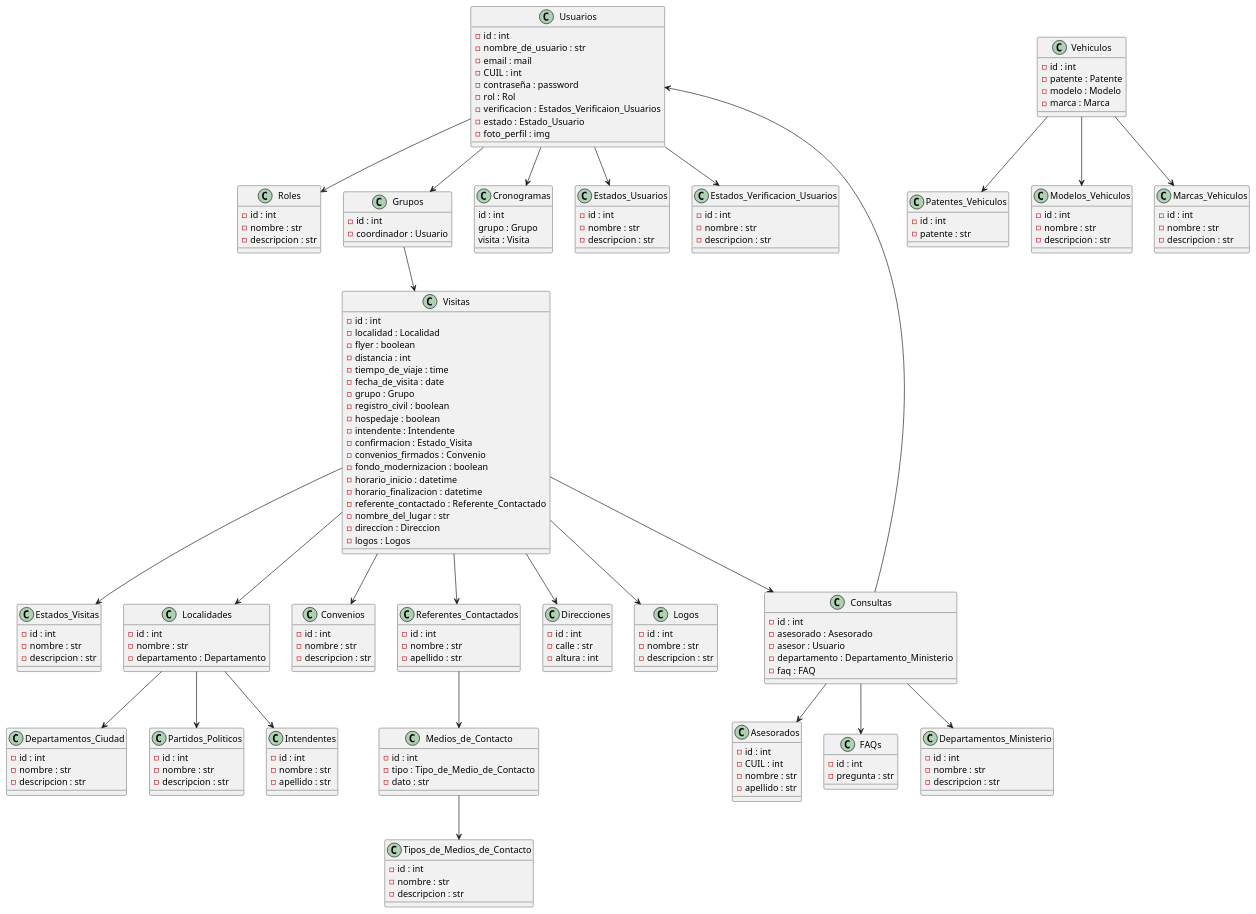
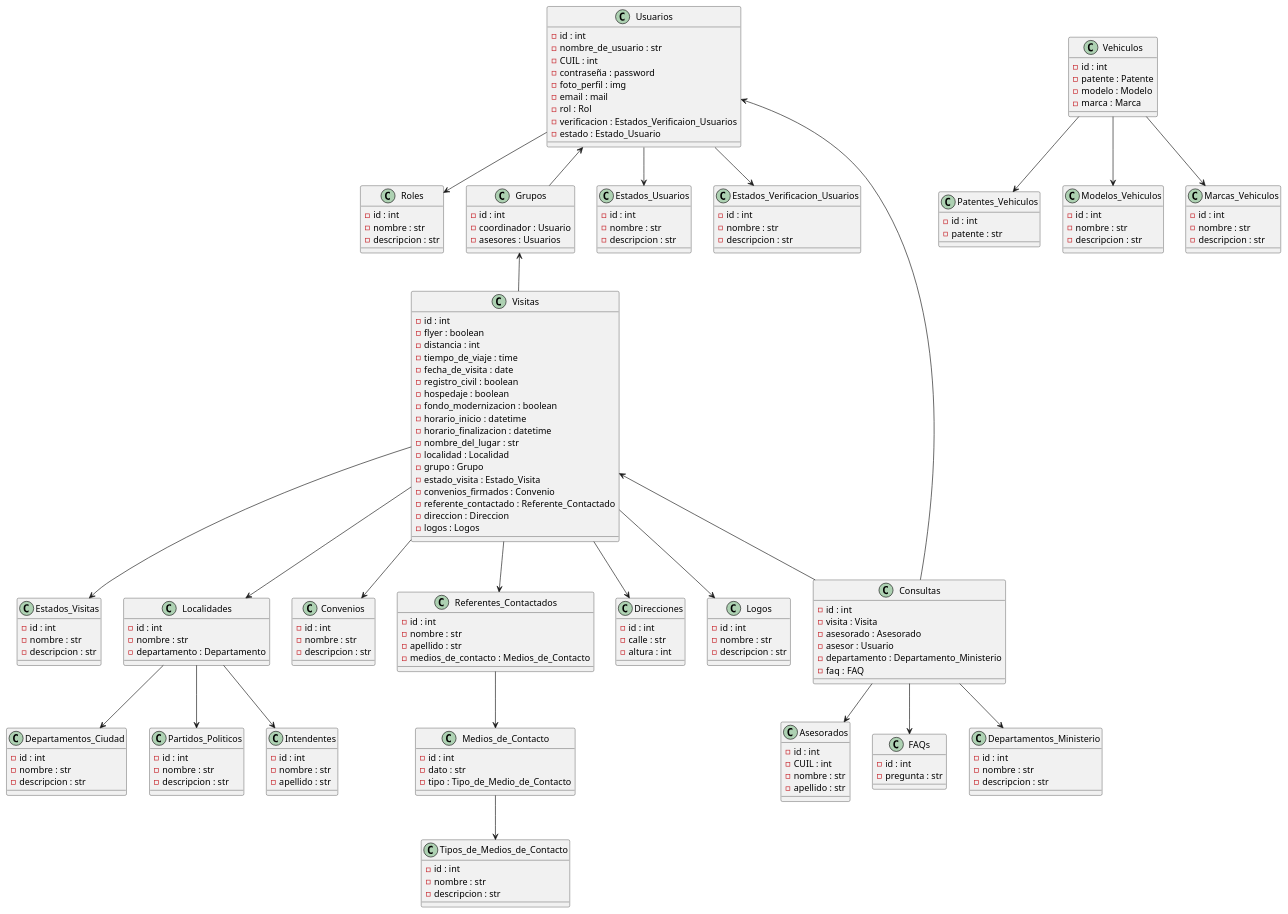
Before and after one commit to MateMar04/financiation: the diagram in Database_Source/diagram.wsd, drawn with PlantUML.

Commit message:
Corrections in tables

```diff
--- a/Database_Source/diagram.wsd
+++ b/Database_Source/diagram.wsd
@@ -3,13 +3,13 @@
 class Usuarios {
     -id : int
     -nombre_de_usuario : str
-    -email : mail
     -CUIL : int
     -contraseña : password
+    -foto_perfil : img
+    -email : mail
     -rol : Rol
     -verificacion : Estados_Verificaion_Usuarios
     -estado : Estado_Usuario
-    -foto_perfil : img
 }
 
 class Roles {
@@ -20,22 +20,21 @@
 
 class Visitas {
     -id : int
-    -localidad : Localidad
     -flyer : boolean
     -distancia : int
     -tiempo_de_viaje : time
     -fecha_de_visita : date
-    -grupo : Grupo
     -registro_civil : boolean
     -hospedaje : boolean
-    -intendente : Intendente
-    -confirmacion : Estado_Visita
-    -convenios_firmados : Convenio
     -fondo_modernizacion : boolean
     -horario_inicio : datetime
     -horario_finalizacion : datetime
+    -nombre_del_lugar : str
+    -localidad : Localidad
+    -grupo : Grupo
+    -estado_visita : Estado_Visita
+    -convenios_firmados : Convenio
     -referente_contactado : Referente_Contactado
-    -nombre_del_lugar : str
     -direccion : Direccion
     -logos : Logos
 }
@@ -43,10 +42,12 @@
 class Grupos {
     -id : int
     -coordinador : Usuario
+    -asesores : Usuarios
 }
 
 class Consultas {
     -id : int
+    -visita : Visita
     -asesorado : Asesorado
     -asesor : Usuario
     -departamento : Departamento_Ministerio
@@ -66,11 +67,6 @@
     -marca : Marca
 }
 
-class Cronogramas {
-    id : int
-    grupo : Grupo
-    visita : Visita
-}
 
 class Estados_Usuarios {
     -id : int
@@ -116,8 +112,8 @@
 
 class Medios_de_Contacto {
     -id : int
+    -dato : str
     -tipo : Tipo_de_Medio_de_Contacto
-    -dato : str
 }
 
 class Tipos_de_Medios_de_Contacto {
@@ -136,6 +132,8 @@
     -id : int
     -nombre : str
     -apellido : str
+    -medios_de_contacto : Medios_de_Contacto
+
 }
 
 class Direcciones {
@@ -181,12 +179,11 @@
 
 
 Usuarios --> Roles
-Usuarios --> Grupos
+Usuarios <-- Grupos
 Usuarios --> Estados_Usuarios
 Usuarios --> Estados_Verificacion_Usuarios
-Usuarios --> Cronogramas
-Grupos --> Visitas
-Visitas --> Consultas
+Grupos <-- Visitas
+Visitas <-- Consultas
 Visitas --> Localidades
 Visitas --> Estados_Visitas
 Visitas --> Referentes_Contactados
```
